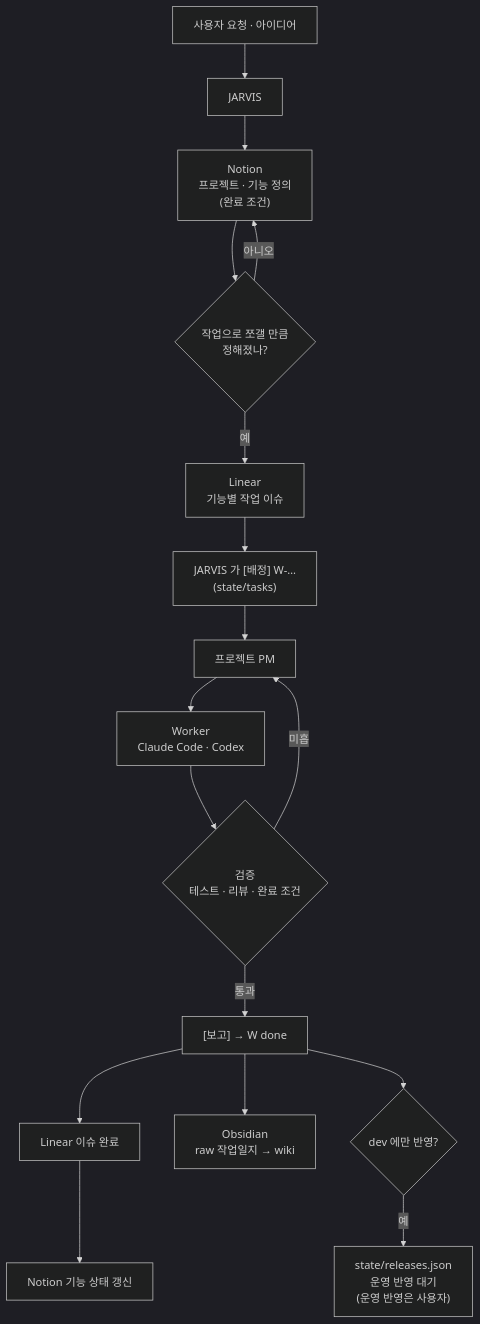
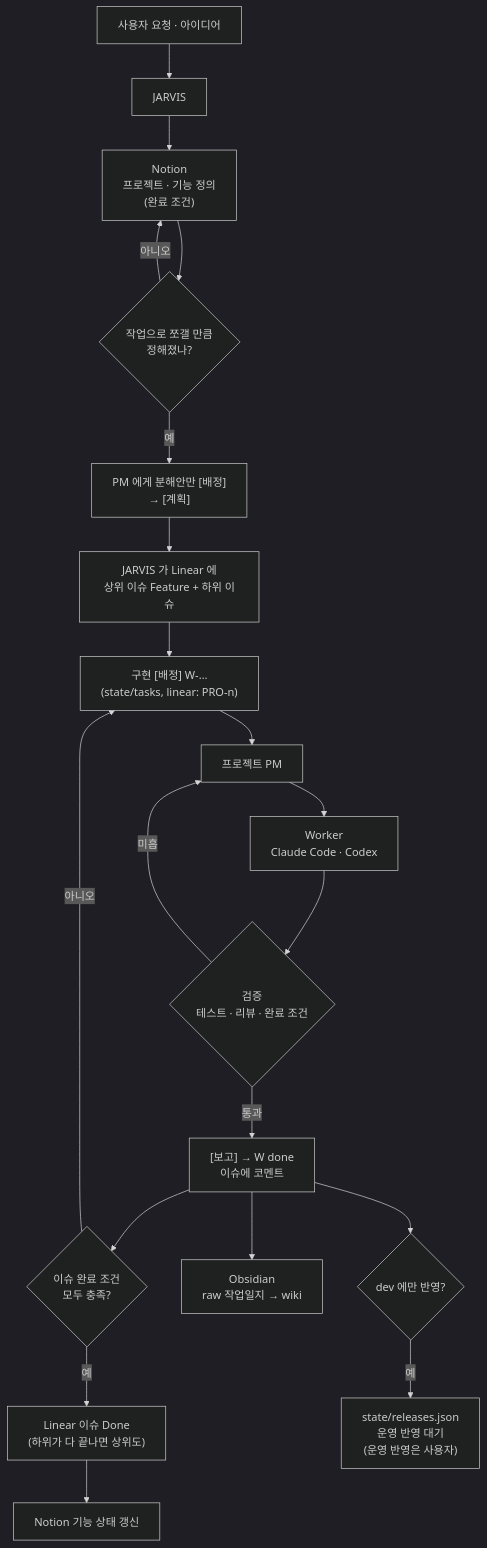
One commit to smdeveloper7/jarvis changed the first of 3 diagrams in docs/03_Work_Lifecycle_Management.md. Above: the diagram before and after it, drawn with Mermaid (dark theme). The commit also changed other lines of this file and 6 other files, not shown here.

````diff
--- a/docs/03_Work_Lifecycle_Management.md
+++ b/docs/03_Work_Lifecycle_Management.md
@@ -21,19 +21,22 @@
 ```mermaid
 flowchart TD
     U["사용자 요청 · 아이디어"] --> J["JARVIS"]
     J --> N["Notion<br/>프로젝트 · 기능 정의<br/>(완료 조건)"]
     N --> G{"작업으로 쪼갤 만큼<br/>정해졌나?"}
     G -- 아니오 --> N
-    G -- 예 --> L["Linear<br/>기능별 작업 이슈"]
-    L --> A["JARVIS 가 [배정] W-…<br/>(state/tasks)"]
+    G -- 예 --> PL["PM 에게 분해안만 [배정]<br/>→ [계획]"]
+    PL --> L["JARVIS 가 Linear 에<br/>상위 이슈 Feature + 하위 이슈"]
+    L --> A["구현 [배정] W-…<br/>(state/tasks, linear: PRO-n)"]
     A --> PM["프로젝트 PM"]
     PM --> W["Worker<br/>Claude Code · Codex"]
     W --> V{"검증<br/>테스트 · 리뷰 · 완료 조건"}
     V -- 미흡 --> PM
-    V -- 통과 --> R["[보고] → W done"]
-    R --> LD["Linear 이슈 완료"]
+    V -- 통과 --> R["[보고] → W done<br/>이슈에 코멘트"]
+    R --> IC{"이슈 완료 조건<br/>모두 충족?"}
+    IC -- 아니오 --> A
+    IC -- 예 --> LD["Linear 이슈 Done<br/>(하위가 다 끝나면 상위도)"]
     R --> O["Obsidian<br/>raw 작업일지 → wiki"]
     LD --> NF["Notion 기능 상태 갱신"]
     R --> DEV{"dev 에만 반영?"}
     DEV -- 예 --> REL["state/releases.json<br/>운영 반영 대기<br/>(운영 반영은 사용자)"]
 ```
````
